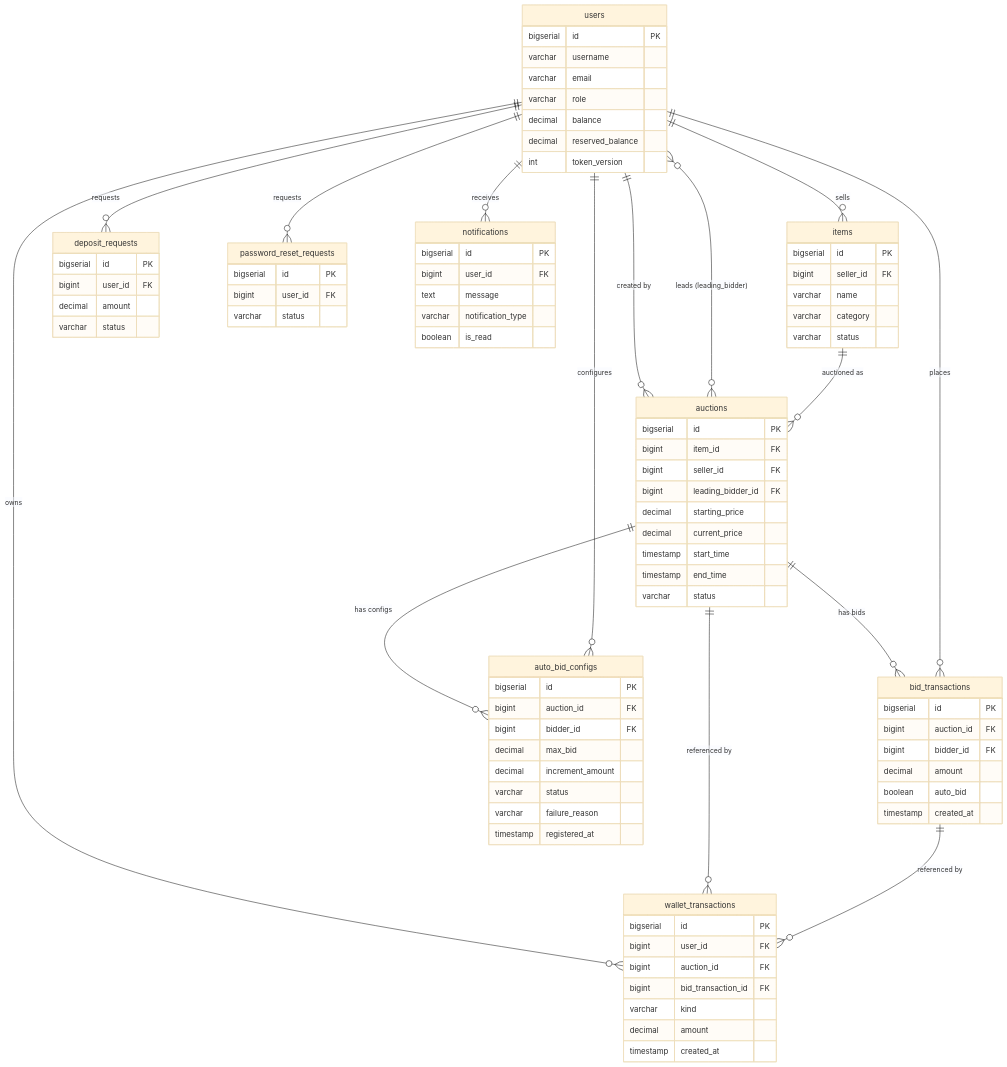
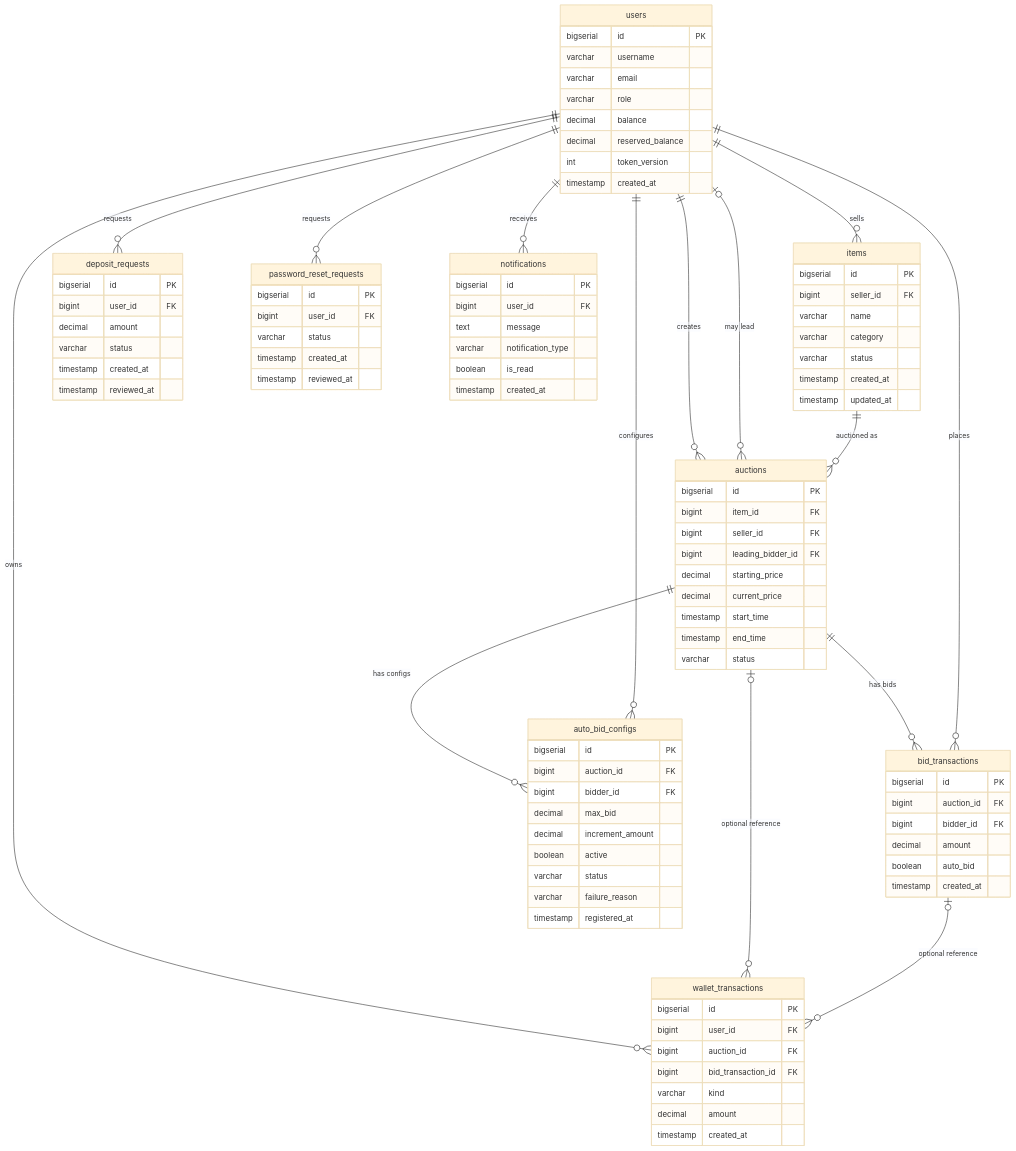
The diagram in docs/SCHEMA.md (kieran-labs/oop-course-project-uet), drawn with Mermaid (base theme) before and after one commit. The commit also changed other lines of this file and 2 other files, not shown here.

```diff
--- a/docs/SCHEMA.md
+++ b/docs/SCHEMA.md
@@ -189,6 +192,7 @@
         decimal balance
         decimal reserved_balance
         int token_version
+        timestamp created_at
     }
 
     items {
@@ -197,6 +201,8 @@
         varchar name
         varchar category
         varchar status
+        timestamp created_at
+        timestamp updated_at
     }
 
     auctions {
@@ -226,6 +232,7 @@
         bigint bidder_id FK
         decimal max_bid
         decimal increment_amount
+        boolean active
         varchar status
         varchar failure_reason
         timestamp registered_at
@@ -246,12 +253,16 @@
         bigint user_id FK
         decimal amount
         varchar status
+        timestamp created_at
+        timestamp reviewed_at
     }
 
     password_reset_requests {
         bigserial id PK
         bigint user_id FK
         varchar status
+        timestamp created_at
+        timestamp reviewed_at
     }
 
     notifications {
@@ -260,19 +271,20 @@
         text message
         varchar notification_type
         boolean is_read
+        timestamp created_at
     }
 
     users ||--o{ items : "sells"
-    users ||--o{ auctions : "created by"
-    users }o--o{ auctions : "leads (leading_bidder)"
+    users ||--o{ auctions : "creates"
+    users |o--o{ auctions : "may lead"
     items ||--o{ auctions : "auctioned as"
     auctions ||--o{ bid_transactions : "has bids"
     users ||--o{ bid_transactions : "places"
     auctions ||--o{ auto_bid_configs : "has configs"
     users ||--o{ auto_bid_configs : "configures"
     users ||--o{ wallet_transactions : "owns"
-    auctions ||--o{ wallet_transactions : "referenced by"
-    bid_transactions ||--o{ wallet_transactions : "referenced by"
+    auctions |o--o{ wallet_transactions : "optional reference"
+    bid_transactions |o--o{ wallet_transactions : "optional reference"
     users ||--o{ deposit_requests : "requests"
     users ||--o{ password_reset_requests : "requests"
     users ||--o{ notifications : "receives"
```
